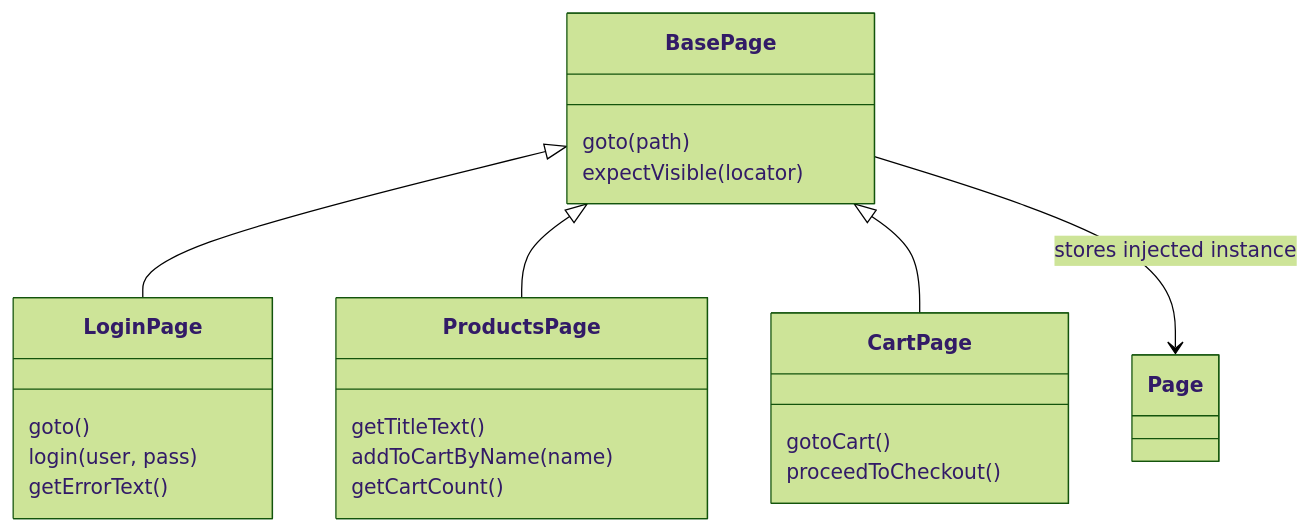
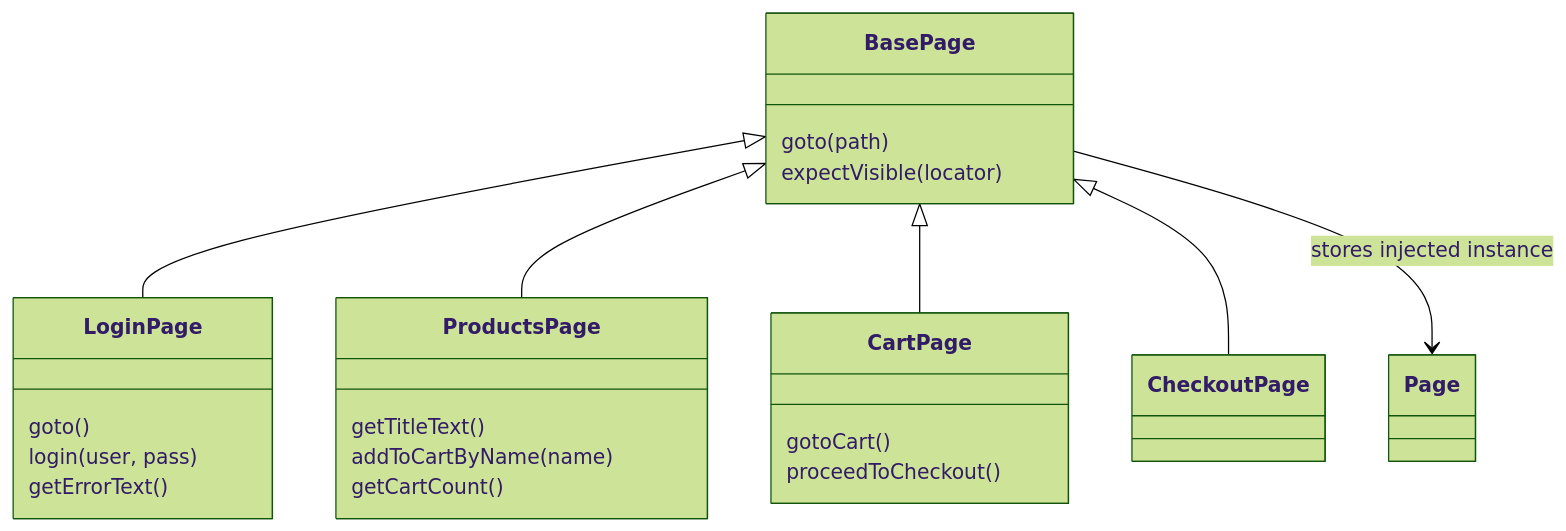
One commit to mishrrit/Playwright changed the third of 4 diagrams in flow.md. Above: the diagram before and after it, drawn with Mermaid (forest theme). The commit also changed other lines of this file and 42 other files, not shown here.

````diff
--- a/flow.md
+++ b/flow.md
@@ -97,25 +101,26 @@
 ```mermaid
 classDiagram
     BasePage <|-- LoginPage
     BasePage <|-- ProductsPage
     BasePage <|-- CartPage
+    BasePage <|-- CheckoutPage
     BasePage --> Page : stores injected instance
     class BasePage {
         goto(path)
         expectVisible(locator)
     }
     class LoginPage {
         goto()
         login(user, pass)
         getErrorText()
     }
     class ProductsPage {
         getTitleText()
         addToCartByName(name)
         getCartCount()
     }
     class CartPage {
         gotoCart()
         proceedToCheckout()
     }
 ```
````
